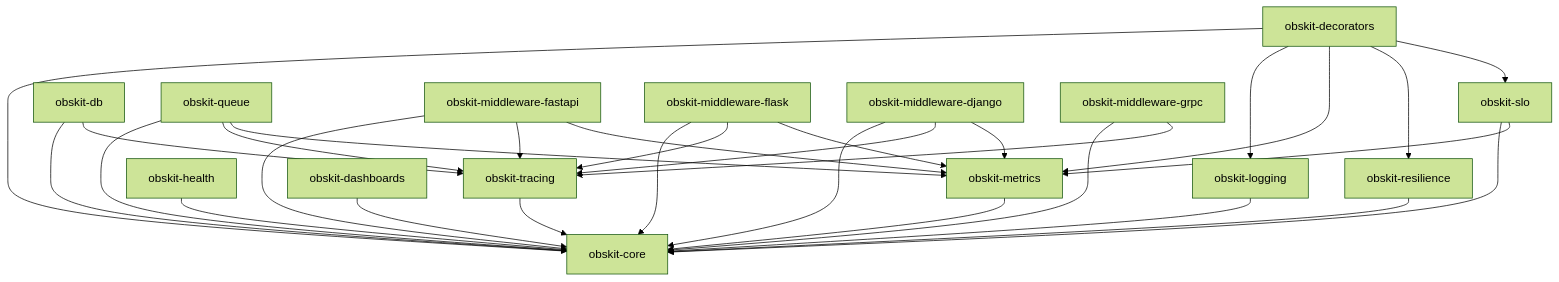
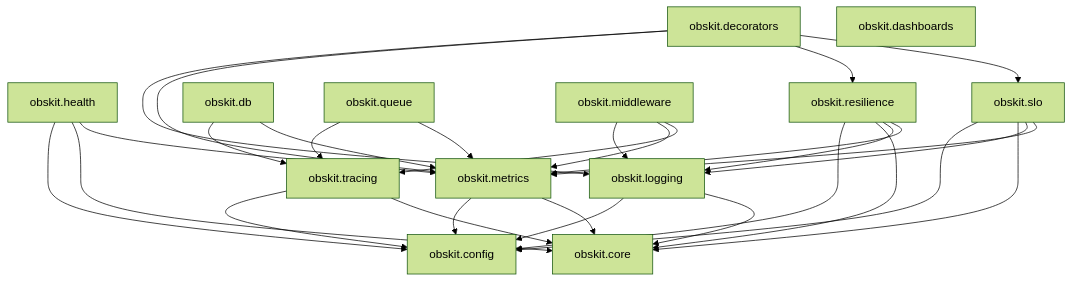
The second of 6 diagrams in docs/architecture/overview.md (talaatmagdyx/obskit), drawn with Mermaid (forest theme) before and after one commit. The commit also changed other lines of this file and 30 other files, not shown here.

````diff
--- a/docs/architecture/overview.md
+++ b/docs/architecture/overview.md
@@ -126,48 +90,27 @@
 ```mermaid
 graph TD
-    core[obskit-core]
-    logging[obskit-logging]
-    metrics[obskit-metrics]
-    tracing[obskit-tracing]
-    health[obskit-health]
-    resilience[obskit-resilience]
-    slo[obskit-slo]
-    decorators[obskit-decorators]
-    db[obskit-db]
-    queue[obskit-queue]
-    dashboards[obskit-dashboards]
-    mw_fastapi[obskit-middleware-fastapi]
-    mw_flask[obskit-middleware-flask]
-    mw_django[obskit-middleware-django]
-    mw_grpc[obskit-middleware-grpc]
+    config[obskit.config]
+    core[obskit.core]
+    logging[obskit.logging]
+    metrics[obskit.metrics]
+    tracing[obskit.tracing]
+    health[obskit.health]
+    resilience[obskit.resilience]
+    slo[obskit.slo]
+    decorators[obskit.decorators]
+    db[obskit.db]
+    queue[obskit.queue]
+    dashboards[obskit.dashboards]
+    mw[obskit.middleware]
 
-    logging --> core
-    metrics --> core
-    tracing --> core
-    health --> core
-    resilience --> core
-    slo --> core
-    slo --> metrics
-    decorators --> core
-    decorators --> logging
-    decorators --> metrics
-    decorators --> resilience
-    decorators --> slo
-    db --> core
-    db --> tracing
-    queue --> core
-    queue --> tracing
-    queue --> metrics
-    dashboards --> core
-    mw_fastapi --> core
-    mw_fastapi --> tracing
-    mw_fastapi --> metrics
-    mw_flask --> core
-    mw_flask --> tracing
-    mw_flask --> metrics
-    mw_django --> core
-    mw_django --> tracing
-    mw_django --> metrics
-    mw_grpc --> core
-    mw_grpc --> tracing
+    logging --> config & core
+    metrics --> config & core
+    tracing --> config & core
+    health --> config & core & metrics
+    resilience --> config & core & logging & metrics
+    slo --> config & core & logging & metrics
+    decorators --> logging & metrics & resilience & slo
+    db --> tracing & metrics
+    queue --> tracing & metrics
+    mw --> logging & metrics & tracing
 ```
````
